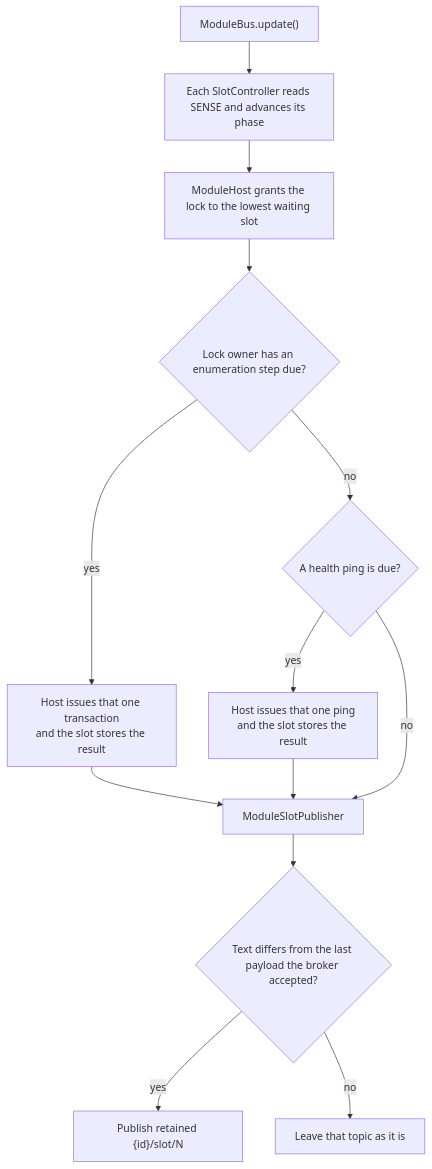
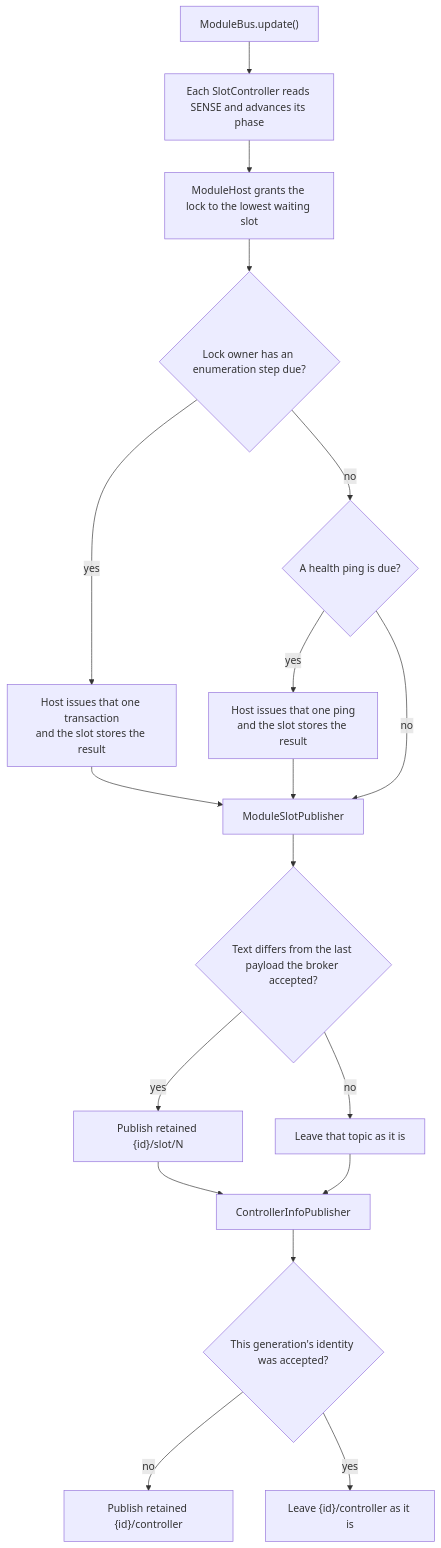
Before and after one commit to WiddleWabbit/MQTT-ModularControllerBoard: the diagram in Firmware/docs/module-bus.md, drawn with Mermaid. The commit also changed other lines of this file and 34 other files, not shown here.

````diff
--- a/Firmware/docs/module-bus.md
+++ b/Firmware/docs/module-bus.md
@@ -49,15 +52,20 @@
 ```mermaid
 flowchart TD
   upd["ModuleBus.update()"] --> pins["Each SlotController reads SENSE and advances its phase"]
   pins --> lock["ModuleHost grants the lock to the lowest waiting slot"]
   lock --> pick{"Lock owner has an enumeration step due?"}
   pick -->|yes| issue["Host issues that one transaction<br/>and the slot stores the result"]
   pick -->|no| health{"A health ping is due?"}
   health -->|yes| ping["Host issues that one ping<br/>and the slot stores the result"]
   health -->|no| pub["ModuleSlotPublisher"]
   issue --> pub
   ping --> pub
   pub --> changed{"Text differs from the last payload the broker accepted?"}
   changed -->|yes| mqtt["Publish retained {id}/slot/N"]
-  changed -->|no| done["Leave that topic as it is"]
+  changed -->|no| same["Leave that topic as it is"]
+  mqtt --> info["ControllerInfoPublisher"]
+  same --> info
+  info --> accepted{"This generation's identity was accepted?"}
+  accepted -->|no| idline["Publish retained {id}/controller"]
+  accepted -->|yes| idle["Leave {id}/controller as it is"]
 ```
````
